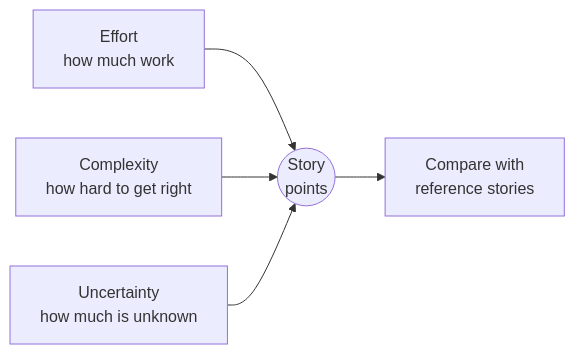
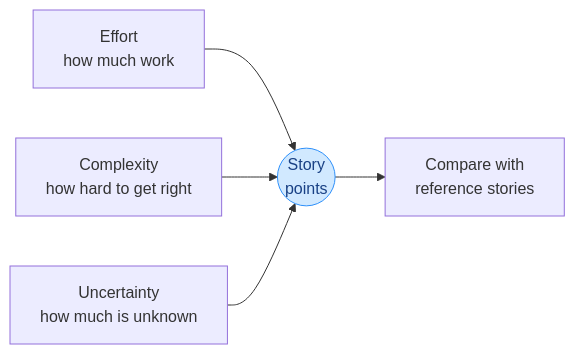
Before and after one commit to BaluRaut/improve-work: the first of 3 diagrams in guides/ESTIMATION_GUIDELINES.md, drawn with Mermaid. The commit also changed other lines of this file and 7 other files, not shown here.

First line of the commit message:
Draw flow diagrams with React Flow

````diff
--- a/guides/ESTIMATION_GUIDELINES.md
+++ b/guides/ESTIMATION_GUIDELINES.md
@@ -28,12 +28,20 @@
 ```mermaid
 ---
 config:
   flowchart:
     wrappingWidth: 400
 ---
 flowchart LR
-  E["Effort<br>how much work"] --> P(("Story<br>points"))
-  C["Complexity<br>how hard to get right"] --> P
-  U["Uncertainty<br>how much is unknown"] --> P
-  P --> R["Compare with<br>reference stories"]
+  %% flow: ingredients
+  EF["Effort<br>how much work"]
+  CX["Complexity<br>how hard to get right"]
+  UN["Uncertainty<br>how much is unknown"]
+  PT(("Story<br>points"))
+  RF["Compare with<br>reference stories"]
+  EF --> PT
+  CX --> PT
+  UN --> PT
+  PT --> RF
+  classDef std fill:#d1e9ff,stroke:#2e90fa,color:#194185
+  class PT std
 ```
````
